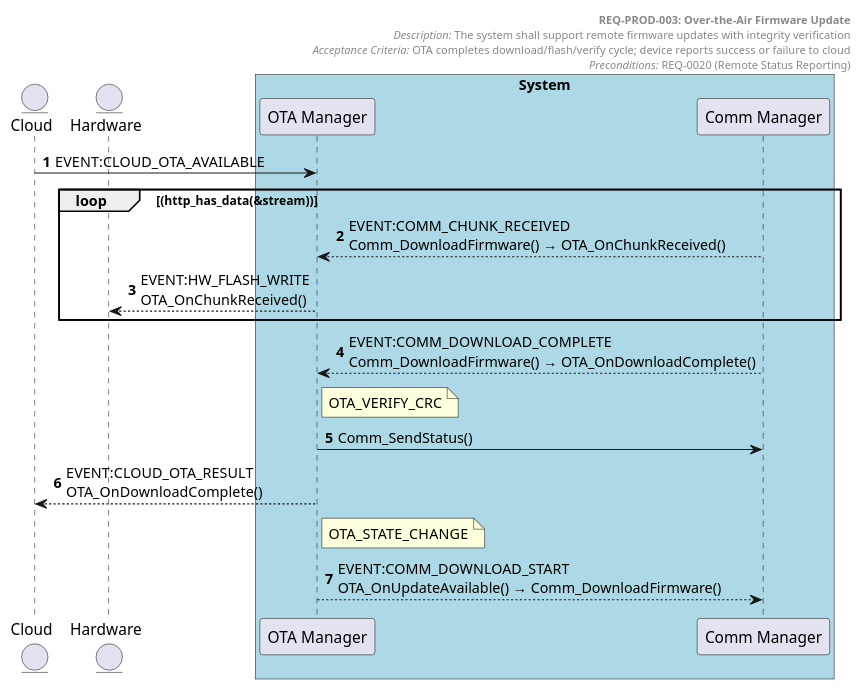
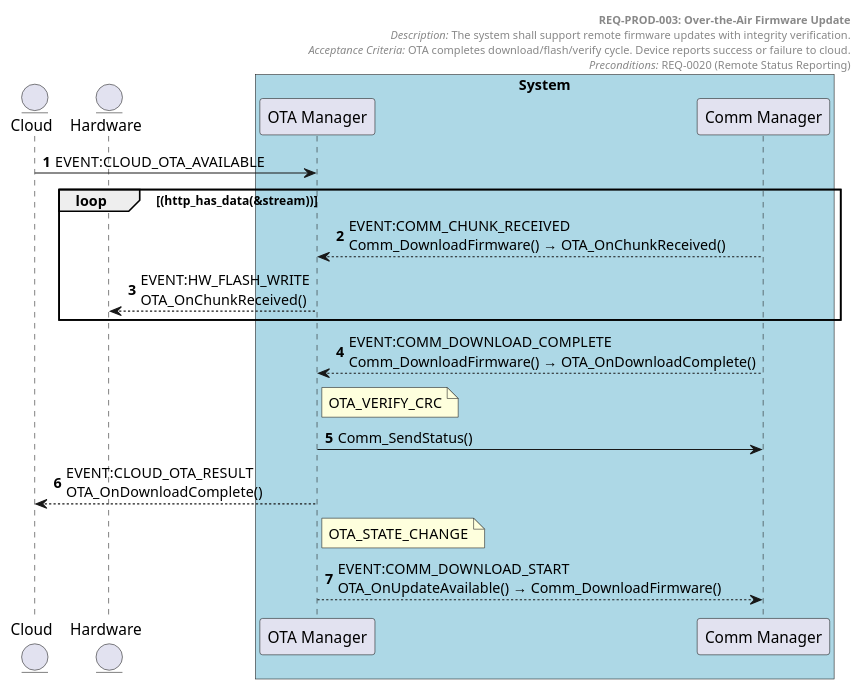
The diagram in docs/generated/sequences/REQ-PROD-003.puml (tvanfossen/doxygen-guard-example), drawn with PlantUML before and after one commit. The commit also changed 19 other files, not shown here.

```diff
--- a/docs/generated/sequences/REQ-PROD-003.puml
+++ b/docs/generated/sequences/REQ-PROD-003.puml
@@ -1,32 +1,32 @@
 @startuml REQ-PROD-003 Over-the-Air Firmware Update
 autonumber
 
 entity "Cloud" as Cloud
 entity "Hardware" as Hardware
 
 box "System" #LightBlue
   participant "OTA Manager" as OTA_Manager
   participant "Comm Manager" as Comm_Manager
 end box
 
 header
   **REQ-PROD-003: Over-the-Air Firmware Update**
-  //Description:// The system shall support remote firmware updates with integrity verification
-  //Acceptance Criteria:// OTA completes download/flash/verify cycle; device reports success or failure to cloud
+  //Description:// The system shall support remote firmware updates with integrity verification.
+  //Acceptance Criteria:// OTA completes download/flash/verify cycle. Device reports success or failure to cloud.
   //Preconditions:// REQ-0020 (Remote Status Reporting)
 end header
 
 
 Cloud -> OTA_Manager: EVENT:CLOUD_OTA_AVAILABLE
 loop (http_has_data(&stream))
 Comm_Manager --> OTA_Manager: EVENT:COMM_CHUNK_RECEIVED\nComm_DownloadFirmware() → OTA_OnChunkReceived()
 OTA_Manager --> Hardware: EVENT:HW_FLASH_WRITE\nOTA_OnChunkReceived()
 end loop
 Comm_Manager --> OTA_Manager: EVENT:COMM_DOWNLOAD_COMPLETE\nComm_DownloadFirmware() → OTA_OnDownloadComplete()
 note right of OTA_Manager: OTA_VERIFY_CRC
 OTA_Manager -> Comm_Manager: Comm_SendStatus()
 OTA_Manager --> Cloud: EVENT:CLOUD_OTA_RESULT\nOTA_OnDownloadComplete()
 note right of OTA_Manager: OTA_STATE_CHANGE
 OTA_Manager --> Comm_Manager: EVENT:COMM_DOWNLOAD_START\nOTA_OnUpdateAvailable() → Comm_DownloadFirmware()
 
 @enduml
```
